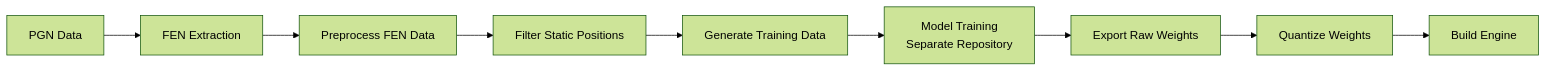
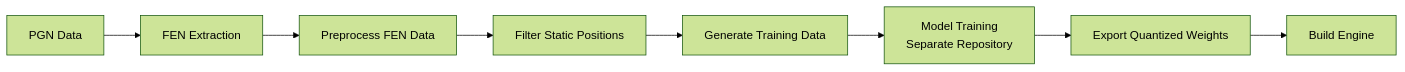
The diagram in TrainingGuide.md (buildingwheels/ShallowGuess), drawn with Mermaid (forest theme) before and after one commit. The commit also changed other lines of this file and 16 other files, not shown here.

````diff
--- a/TrainingGuide.md
+++ b/TrainingGuide.md
@@ -14,11 +14,10 @@
 ```mermaid
 graph LR
     A[PGN Data] --> B[FEN Extraction]
     B --> C[Preprocess FEN Data]
     C --> D[Filter Static Positions]
     D --> E[Generate Training Data]
     E --> F[Model Training<br/>Separate Repository]
-    F --> G[Export Raw Weights]
-    G --> H[Quantize Weights]
-    H --> I[Build Engine]
+    F --> G[Export Quantized Weights]
+    G --> H[Build Engine]
 ```
````
